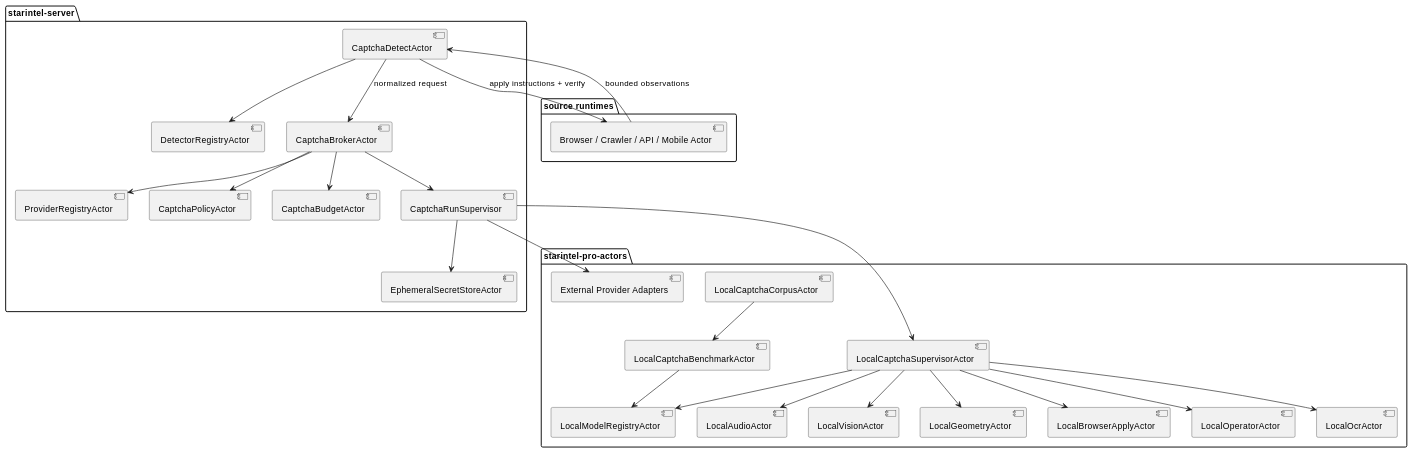
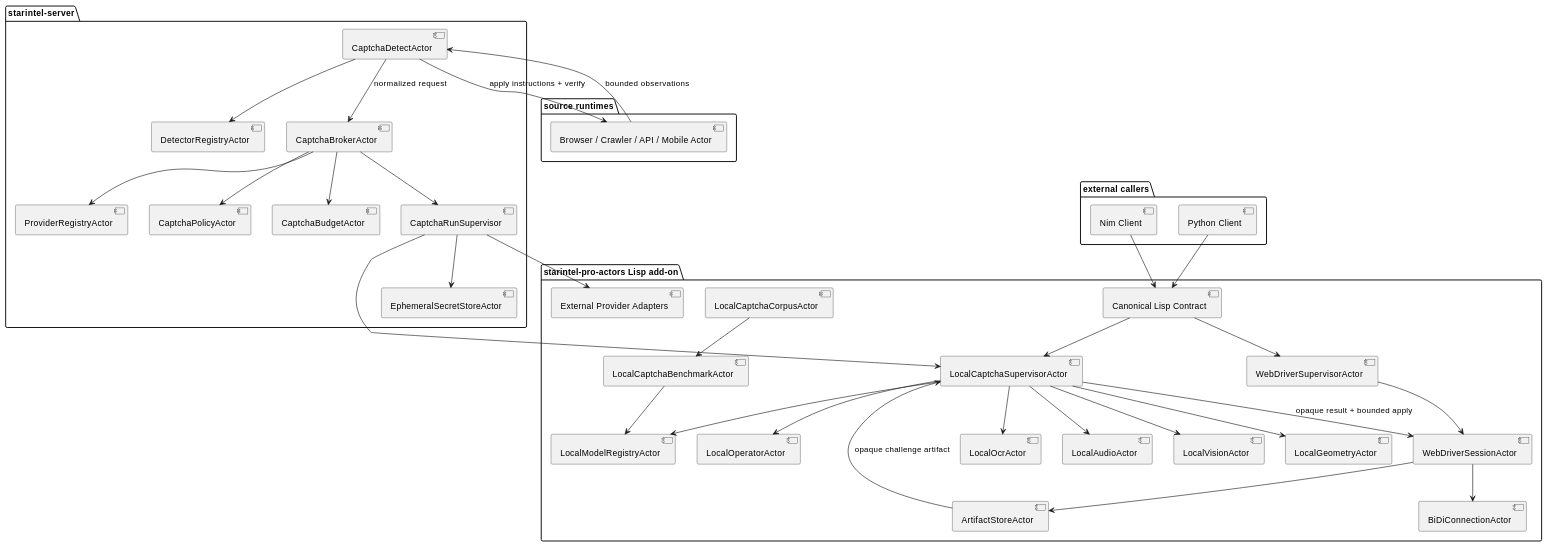
The diagram in roam/indexes/starintel-pro-actors/STAR-PRO-INDEX-001-captcha-service-actors.org (lost-rob0t/starintel-auto-research), drawn with PlantUML before and after one commit. The commit also changed other lines of this file and 6 other files, not shown here.

Commit message:
research: design pro actors captcha and webdriver plugin

```diff
--- a/roam/indexes/starintel-pro-actors/STAR-PRO-INDEX-001-captcha-service-actors.org
+++ b/roam/indexes/starintel-pro-actors/STAR-PRO-INDEX-001-captcha-service-actors.org
@@ -44,51 +55,67 @@
 #+begin_src plantuml
 @startuml
 package "starintel-server" {
   [CaptchaDetectActor]
   [DetectorRegistryActor]
   [CaptchaBrokerActor]
   [ProviderRegistryActor]
   [CaptchaPolicyActor]
   [CaptchaBudgetActor]
   [CaptchaRunSupervisor]
   [EphemeralSecretStoreActor]
 }
 package "source runtimes" {
   [Browser / Crawler / API / Mobile Actor]
 }
-package "starintel-pro-actors" {
+package "starintel-pro-actors Lisp add-on" {
+  [Canonical Lisp Contract]
   [LocalCaptchaSupervisorActor]
   [LocalOcrActor]
   [LocalAudioActor]
   [LocalVisionActor]
   [LocalGeometryActor]
-  [LocalBrowserApplyActor]
   [LocalOperatorActor]
   [LocalModelRegistryActor]
   [LocalCaptchaCorpusActor]
   [LocalCaptchaBenchmarkActor]
   [External Provider Adapters]
+  [WebDriverSupervisorActor]
+  [WebDriverSessionActor]
+  [BiDiConnectionActor]
+  [ArtifactStoreActor]
+}
+package "external callers" {
+  [Python Client]
+  [Nim Client]
 }
 
 [Browser / Crawler / API / Mobile Actor] --> [CaptchaDetectActor] : bounded observations
 [CaptchaDetectActor] --> [DetectorRegistryActor]
 [CaptchaDetectActor] --> [CaptchaBrokerActor] : normalized request
 [CaptchaBrokerActor] --> [CaptchaPolicyActor]
 [CaptchaBrokerActor] --> [CaptchaBudgetActor]
 [CaptchaBrokerActor] --> [ProviderRegistryActor]
 [CaptchaBrokerActor] --> [CaptchaRunSupervisor]
 [CaptchaRunSupervisor] --> [LocalCaptchaSupervisorActor]
+[Canonical Lisp Contract] --> [LocalCaptchaSupervisorActor]
+[Canonical Lisp Contract] --> [WebDriverSupervisorActor]
+[Python Client] --> [Canonical Lisp Contract]
+[Nim Client] --> [Canonical Lisp Contract]
 [LocalCaptchaSupervisorActor] --> [LocalOcrActor]
 [LocalCaptchaSupervisorActor] --> [LocalAudioActor]
 [LocalCaptchaSupervisorActor] --> [LocalVisionActor]
 [LocalCaptchaSupervisorActor] --> [LocalGeometryActor]
 [LocalCaptchaSupervisorActor] --> [LocalOperatorActor]
-[LocalCaptchaSupervisorActor] --> [LocalBrowserApplyActor]
 [LocalCaptchaSupervisorActor] --> [LocalModelRegistryActor]
 [LocalCaptchaCorpusActor] --> [LocalCaptchaBenchmarkActor]
 [LocalCaptchaBenchmarkActor] --> [LocalModelRegistryActor]
 [CaptchaRunSupervisor] --> [External Provider Adapters]
 [CaptchaRunSupervisor] --> [EphemeralSecretStoreActor]
+[WebDriverSupervisorActor] --> [WebDriverSessionActor]
+[WebDriverSessionActor] --> [BiDiConnectionActor]
+[WebDriverSessionActor] --> [ArtifactStoreActor]
+[ArtifactStoreActor] --> [LocalCaptchaSupervisorActor] : opaque challenge artifact
+[LocalCaptchaSupervisorActor] --> [WebDriverSessionActor] : opaque result + bounded apply
 [CaptchaDetectActor] --> [Browser / Crawler / API / Mobile Actor] : apply instructions + verify
 @enduml
 #+end_src
```
